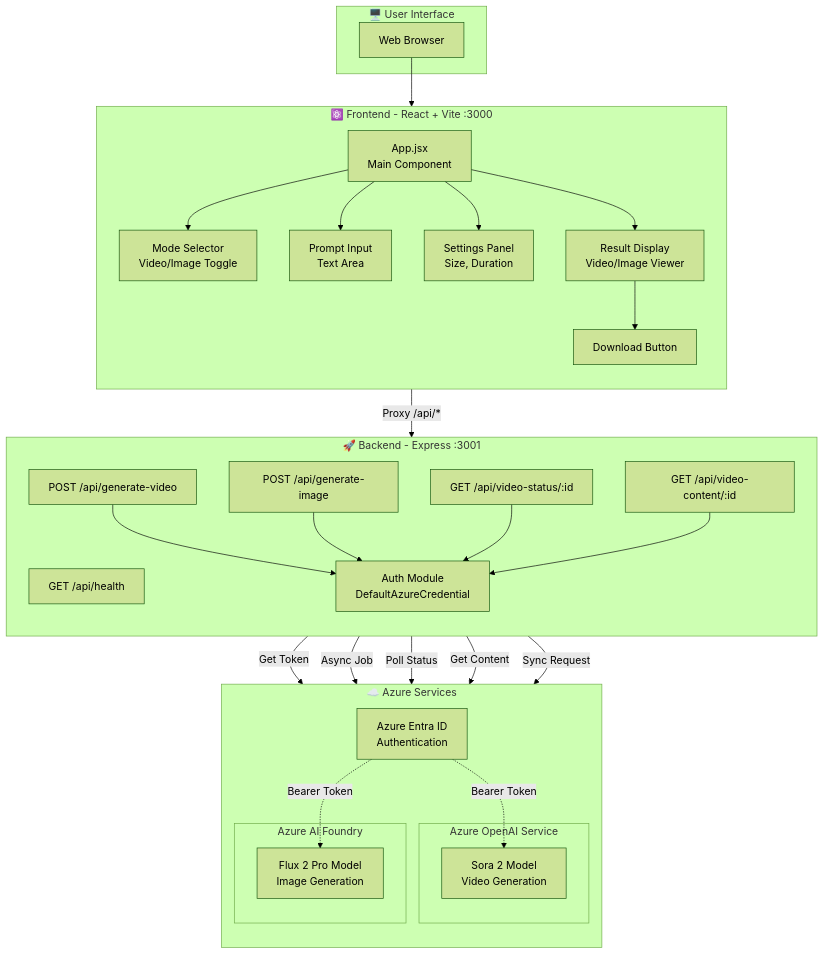
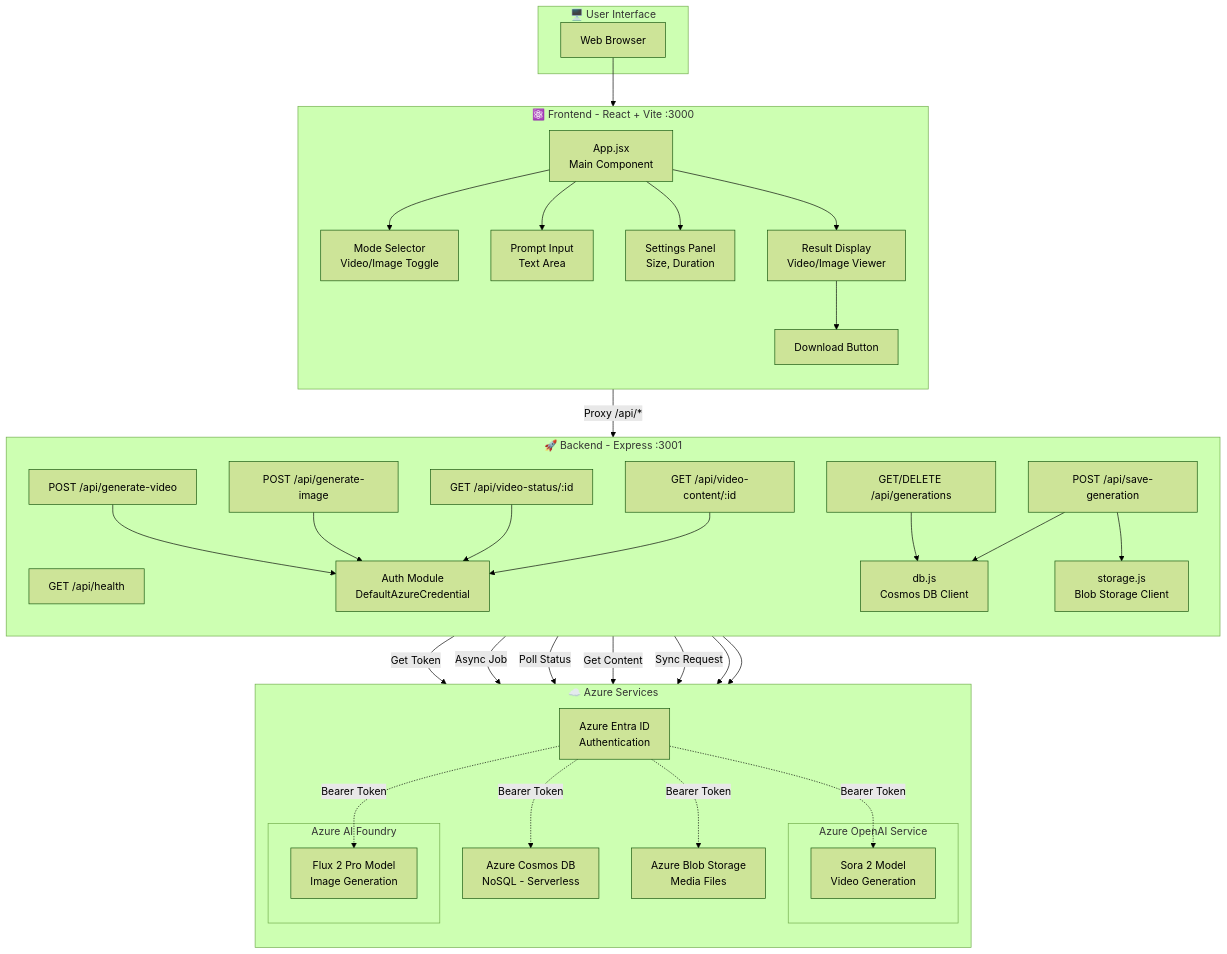
One commit to ManojNair/letssora changed the first of 5 diagrams in docs/architecture.md. Above: the diagram before and after it, drawn with Mermaid (forest theme). The commit also changed other lines of this file and 23 other files, not shown here.

First line of the commit message:
Add clipboard paste, conversation history, Cosmos DB/Blob Storage, auth fixes, and updated docs

````diff
--- a/docs/architecture.md
+++ b/docs/architecture.md
@@ -9,64 +9,79 @@
 ```mermaid
 flowchart TB
     subgraph UserInterface["🖥️ User Interface"]
         Browser[Web Browser]
     end
 
     subgraph Frontend["⚛️ Frontend - React + Vite :3000"]
         direction TB
         App[App.jsx<br/>Main Component]
         ModeSelector[Mode Selector<br/>Video/Image Toggle]
         PromptInput[Prompt Input<br/>Text Area]
         SettingsPanel[Settings Panel<br/>Size, Duration]
         ResultDisplay[Result Display<br/>Video/Image Viewer]
         DownloadBtn[Download Button]
     end
 
     subgraph Backend["🚀 Backend - Express :3001"]
         direction TB
         HealthAPI[GET /api/health]
         VideoGenAPI[POST /api/generate-video]
         ImageGenAPI[POST /api/generate-image]
         VideoStatusAPI[GET /api/video-status/:id]
         VideoContentAPI[GET /api/video-content/:id]
+        HistoryAPI[GET/DELETE /api/generations]
+        SaveGenAPI[POST /api/save-generation]
         AuthModule[Auth Module<br/>DefaultAzureCredential]
+        DbModule[db.js<br/>Cosmos DB Client]
+        StorageModule[storage.js<br/>Blob Storage Client]
     end
 
     subgraph AzureServices["☁️ Azure Services"]
         direction TB
         EntraID[Azure Entra ID<br/>Authentication]
         
         subgraph OpenAI["Azure OpenAI Service"]
             SoraModel[Sora 2 Model<br/>Video Generation]
         end
         
         subgraph AIFoundry["Azure AI Foundry"]
             FluxModel[Flux 2 Pro Model<br/>Image Generation]
         end
+
+        CosmosDB[Azure Cosmos DB<br/>NoSQL - Serverless]
+        BlobStorage[Azure Blob Storage<br/>Media Files]
     end
 
     Browser --> App
     App --> ModeSelector
     App --> PromptInput
     App --> SettingsPanel
     App --> ResultDisplay
     ResultDisplay --> DownloadBtn
 
     App -->|Proxy /api/*| Backend
     
     VideoGenAPI --> AuthModule
     ImageGenAPI --> AuthModule
     VideoStatusAPI --> AuthModule
     VideoContentAPI --> AuthModule
     
     AuthModule -->|Get Token| EntraID
     
     VideoGenAPI -->|Async Job| SoraModel
     VideoStatusAPI -->|Poll Status| SoraModel
     VideoContentAPI -->|Get Content| SoraModel
     
     ImageGenAPI -->|Sync Request| FluxModel
     
+    HistoryAPI --> DbModule
+    SaveGenAPI --> DbModule
+    SaveGenAPI --> StorageModule
+    DbModule --> CosmosDB
+    StorageModule --> BlobStorage
+    
     EntraID -.->|Bearer Token| SoraModel
     EntraID -.->|Bearer Token| FluxModel
+    EntraID -.->|Bearer Token| CosmosDB
+    EntraID -.->|Bearer Token| BlobStorage
 ```
````
